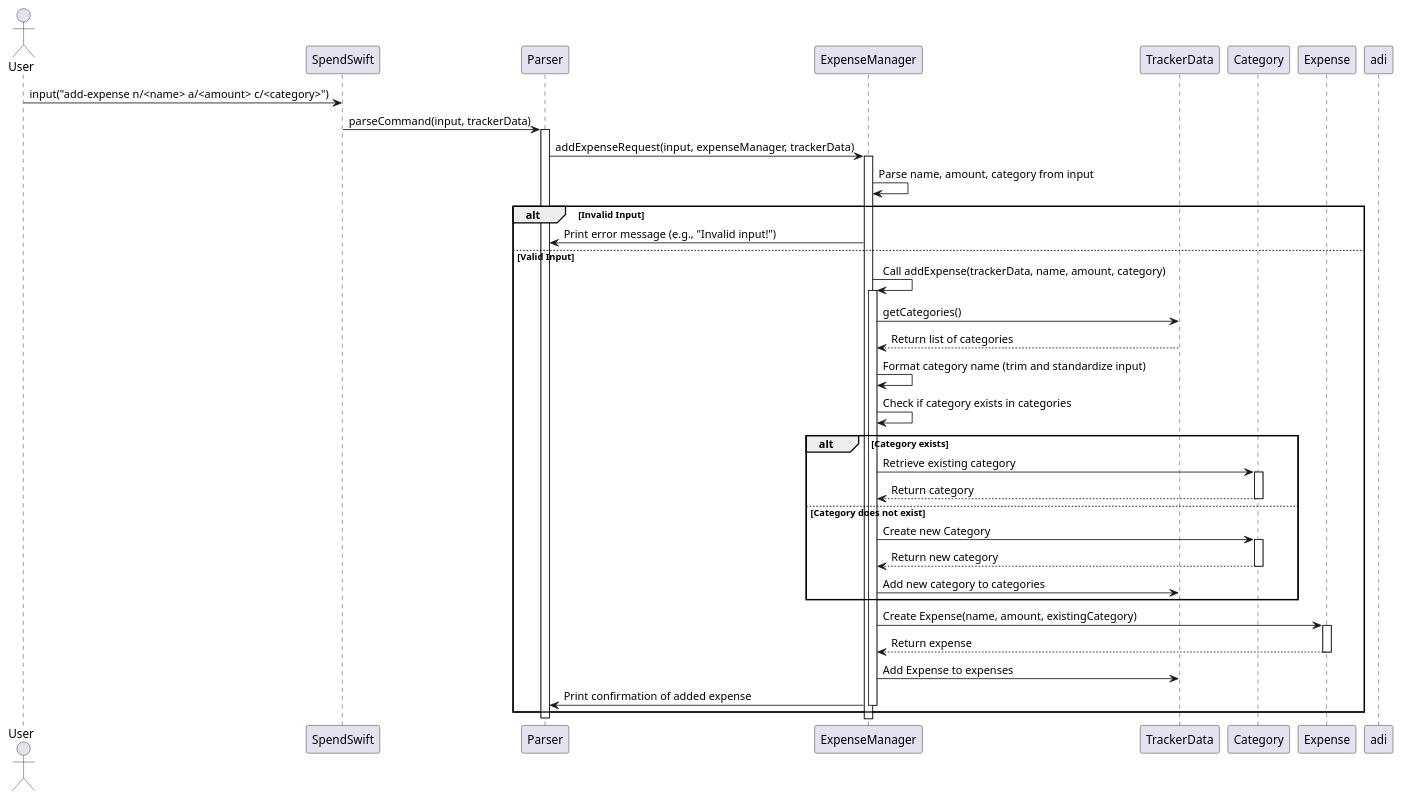
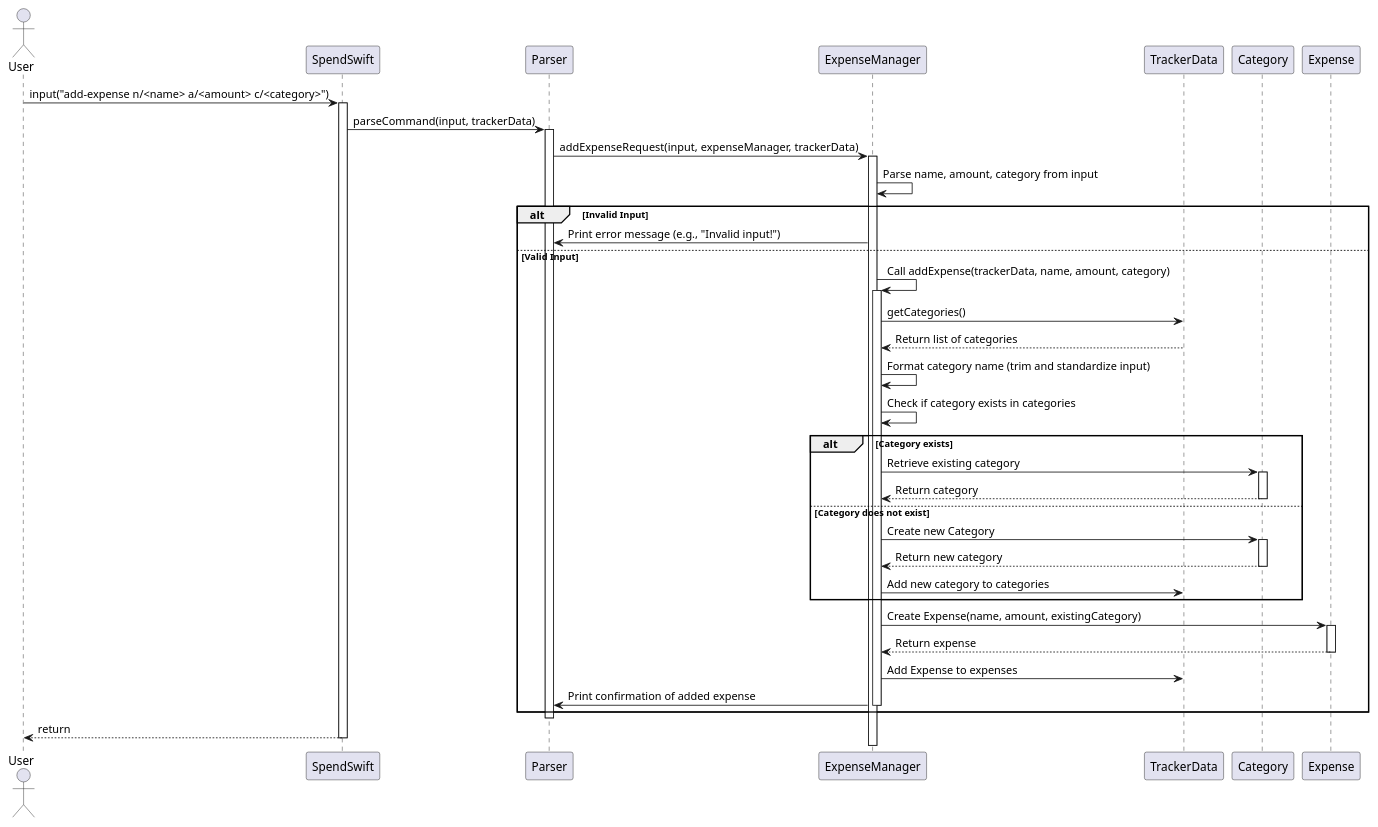
Before and after one commit to nus-cs2113-AY2425S1/tp: the diagram in docs/diagrams/AddExpense.puml, drawn with PlantUML. The commit also changed 5 other files, not shown here.

```diff
--- a/docs/diagrams/AddExpense.puml
+++ b/docs/diagrams/AddExpense.puml
@@ -1,56 +1,57 @@
 @startuml
 actor User
 participant SpendSwift
 participant Parser
 participant ExpenseManager
 participant TrackerData
 participant Category
 participant Expense
-participant adi
 
 User -> SpendSwift : input("add-expense n/<name> a/<amount> c/<category>")
+activate SpendSwift
 SpendSwift -> Parser : parseCommand(input, trackerData)
 
 activate Parser
 Parser -> ExpenseManager : addExpenseRequest(input, expenseManager, trackerData)
 
 activate ExpenseManager
 ExpenseManager -> ExpenseManager : Parse name, amount, category from input
 
 alt Invalid Input
     ExpenseManager -> Parser : Print error message (e.g., "Invalid input!")
 else Valid Input
     ExpenseManager -> ExpenseManager : Call addExpense(trackerData, name, amount, category)
     activate ExpenseManager
 
     ExpenseManager -> TrackerData : getCategories()
     TrackerData --> ExpenseManager : Return list of categories
 
     ExpenseManager -> ExpenseManager : Format category name (trim and standardize input)
     ExpenseManager -> ExpenseManager : Check if category exists in categories
 
     alt Category exists
         ExpenseManager -> Category : Retrieve existing category
         activate Category
         Category --> ExpenseManager : Return category
         deactivate Category
     else Category does not exist
         ExpenseManager -> Category : Create new Category
         activate Category
         Category --> ExpenseManager : Return new category
         deactivate Category
         ExpenseManager -> TrackerData : Add new category to categories
     end
 
     ExpenseManager -> Expense : Create Expense(name, amount, existingCategory)
     activate Expense
     Expense --> ExpenseManager : Return expense
     deactivate Expense
 
     ExpenseManager -> TrackerData : Add Expense to expenses
     ExpenseManager -> Parser : Print confirmation of added expense
     deactivate ExpenseManager
 end
 deactivate Parser
-
+SpendSwift --> User : return
+deactivate SpendSwift
 @enduml
```
